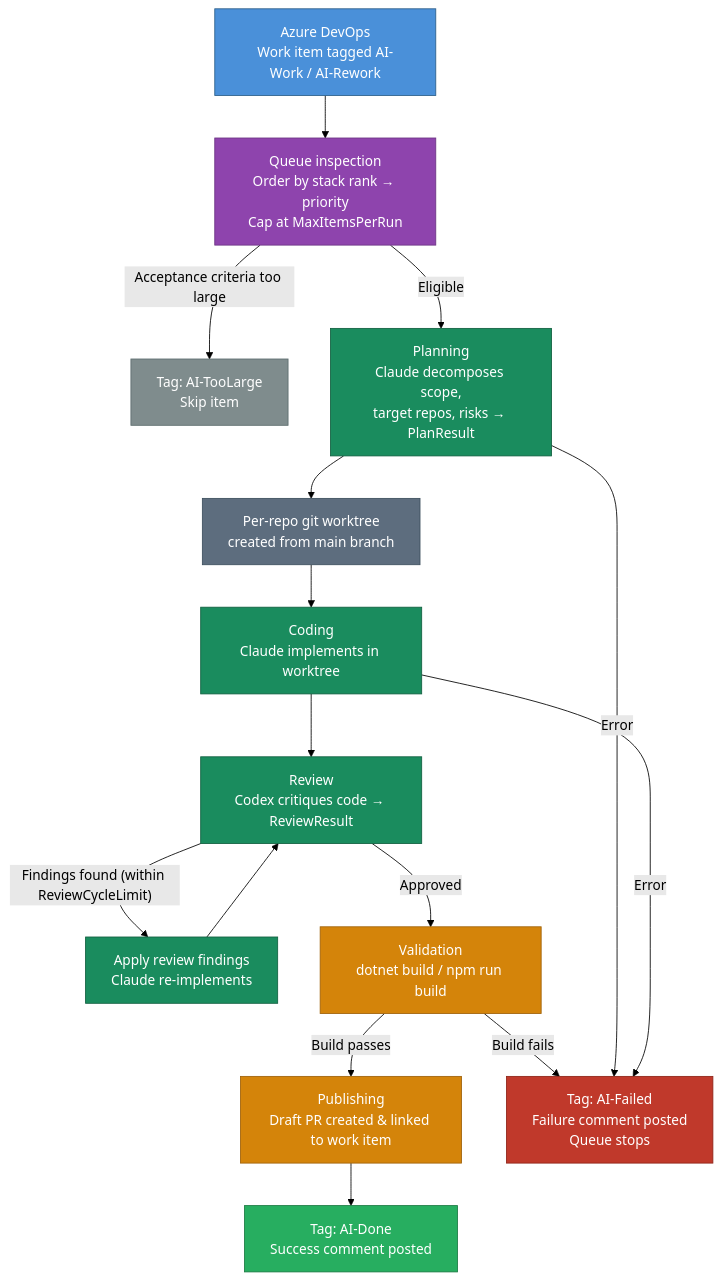
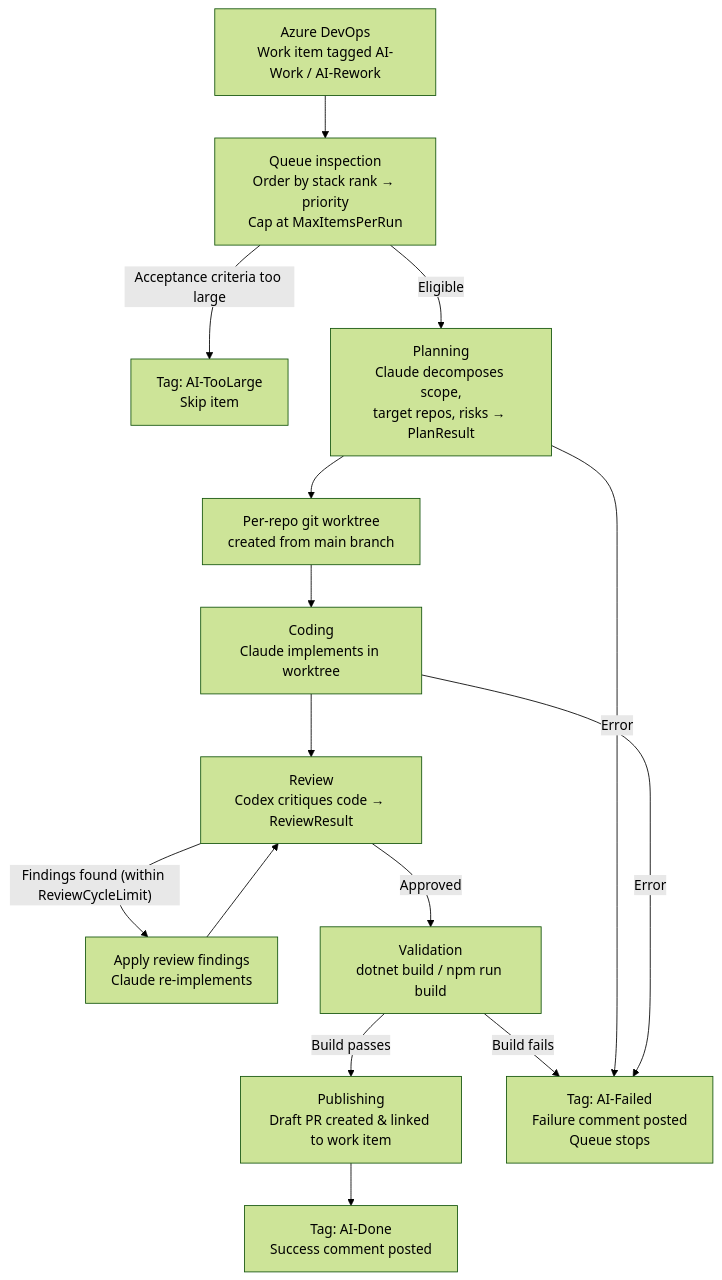
Before and after one commit to SpaceOgre/ado-autonomous-worker: the first of 3 diagrams in README.md, drawn with Mermaid (forest theme). The commit also changed other lines of this file, not shown here.

First line of the commit message:
docs: restructure and improve README per review plan

````diff
--- a/README.md
+++ b/README.md
@@ -19,49 +34,30 @@
 ```mermaid
 flowchart TD
-    classDef ado     fill:#4A90D9,stroke:#2C5F8A,color:#fff
-    classDef queue   fill:#8E44AD,stroke:#6C3483,color:#fff
-    classDef agent   fill:#1A8C5E,stroke:#116040,color:#fff
-    classDef infra   fill:#5D6D7E,stroke:#3D4F5E,color:#fff
-    classDef check   fill:#D4840A,stroke:#A0620A,color:#fff
-    classDef success fill:#27AE60,stroke:#1A7A42,color:#fff
-    classDef failure fill:#C0392B,stroke:#8E2418,color:#fff
-    classDef skipped fill:#7F8C8D,stroke:#5D6D6E,color:#fff
-
     ADO["Azure DevOps<br/>Work item tagged AI-Work / AI-Rework"]
     Queue["Queue inspection<br/>Order by stack rank → priority<br/>Cap at MaxItemsPerRun"]
     TooLarge["Tag: AI-TooLarge<br/>Skip item"]
     Plan["Planning<br/>Claude decomposes scope,<br/>target repos, risks → PlanResult"]
     Worktree["Per-repo git worktree<br/>created from main branch"]
     Code["Coding<br/>Claude implements in worktree"]
     Review["Review<br/>Codex critiques code → ReviewResult"]
     ApplyReview["Apply review findings<br/>Claude re-implements"]
     Validate["Validation<br/>dotnet build / npm run build"]
     Publish["Publishing<br/>Draft PR created & linked to work item"]
     Done["Tag: AI-Done<br/>Success comment posted"]
     Failed["Tag: AI-Failed<br/>Failure comment posted<br/>Queue stops"]
 
     ADO --> Queue
     Queue -- "Acceptance criteria too large" --> TooLarge
     Queue -- "Eligible" --> Plan
     Plan --> Worktree
     Worktree --> Code
     Code --> Review
     Review -- "Findings found (within ReviewCycleLimit)" --> ApplyReview
     ApplyReview --> Review
     Review -- "Approved" --> Validate
     Validate -- "Build fails" --> Failed
     Validate -- "Build passes" --> Publish
     Publish --> Done
     Plan -- "Error" --> Failed
     Code -- "Error" --> Failed
-
-    class ADO ado
-    class Queue queue
-    class TooLarge skipped
-    class Plan,Code,Review,ApplyReview agent
-    class Worktree infra
-    class Validate check
-    class Publish check
-    class Done success
-    class Failed failure
 ```
````
